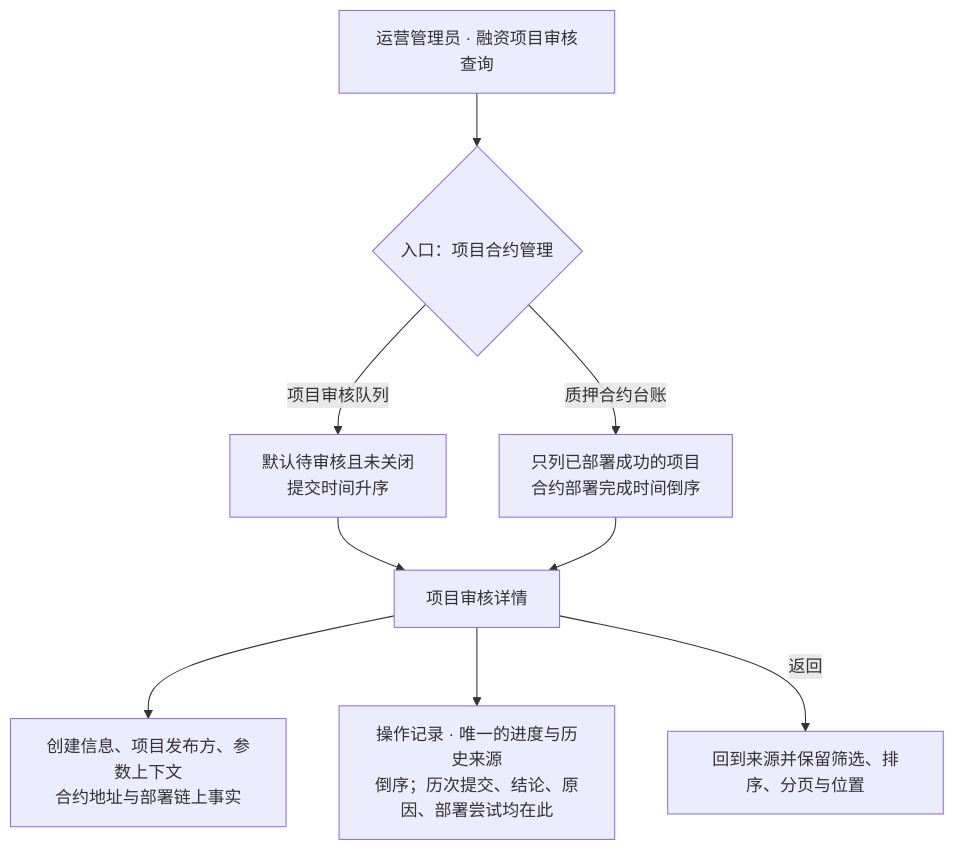
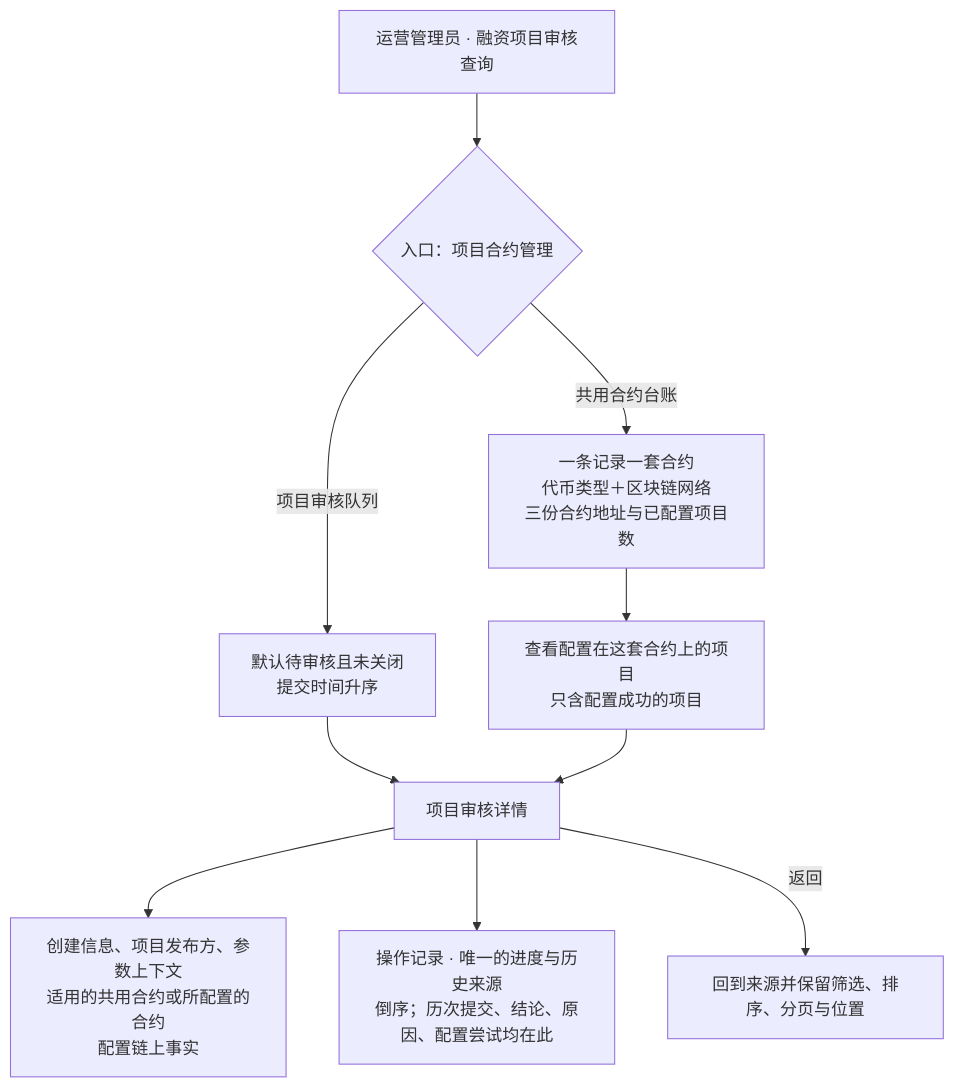
One commit to wxblockchain/Chain-Financing changed the third of 5 diagrams in lending-platform/PRD/运营端/04-运营端项目合约管理/02-运营端项目合约管理-流程图与状态机.md. Above: the diagram before and after it, drawn with Mermaid. The commit also changed other lines of this file and 4 other files, not shown here.

````diff
--- a/lending-platform/PRD/运营端/04-运营端项目合约管理/02-运营端项目合约管理-流程图与状态机.md
+++ b/lending-platform/PRD/运营端/04-运营端项目合约管理/02-运营端项目合约管理-流程图与状态机.md
@@ -74,11 +77,12 @@
 ```mermaid
 flowchart TD
   A["运营管理员 · 融资项目审核查询"] --> B{"入口：项目合约管理"}
   B -- "项目审核队列" --> C["默认待审核且未关闭<br/>提交时间升序"]
-  B -- "质押合约台账" --> D["只列已部署成功的项目<br/>合约部署完成时间倒序"]
+  B -- "共用合约台账" --> D["一条记录一套合约<br/>代币类型＋区块链网络<br/>三份合约地址与已配置项目数"]
+  D --> D1["查看配置在这套合约上的项目<br/>只含配置成功的项目"]
   C --> E["项目审核详情"]
-  D --> E
-  E --> F["创建信息、项目发布方、参数上下文<br/>合约地址与部署链上事实"]
-  E --> J["操作记录 · 唯一的进度与历史来源<br/>倒序；历次提交、结论、原因、部署尝试均在此"]
+  D1 --> E
+  E --> F["创建信息、项目发布方、参数上下文<br/>适用的共用合约或所配置的合约<br/>配置链上事实"]
+  E --> J["操作记录 · 唯一的进度与历史来源<br/>倒序；历次提交、结论、原因、配置尝试均在此"]
   E -- "返回" --> K["回到来源并保留筛选、排序、分页与位置"]
 ```
````
